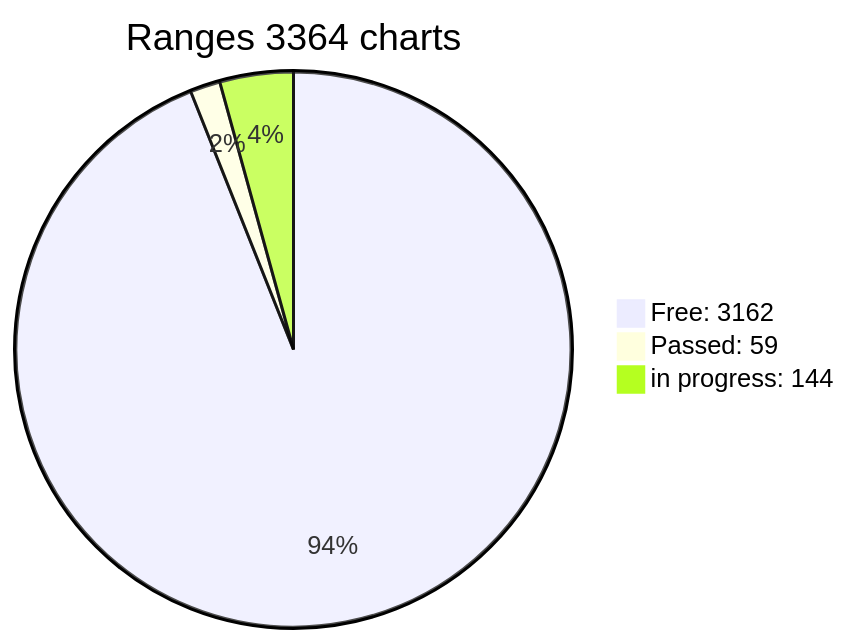
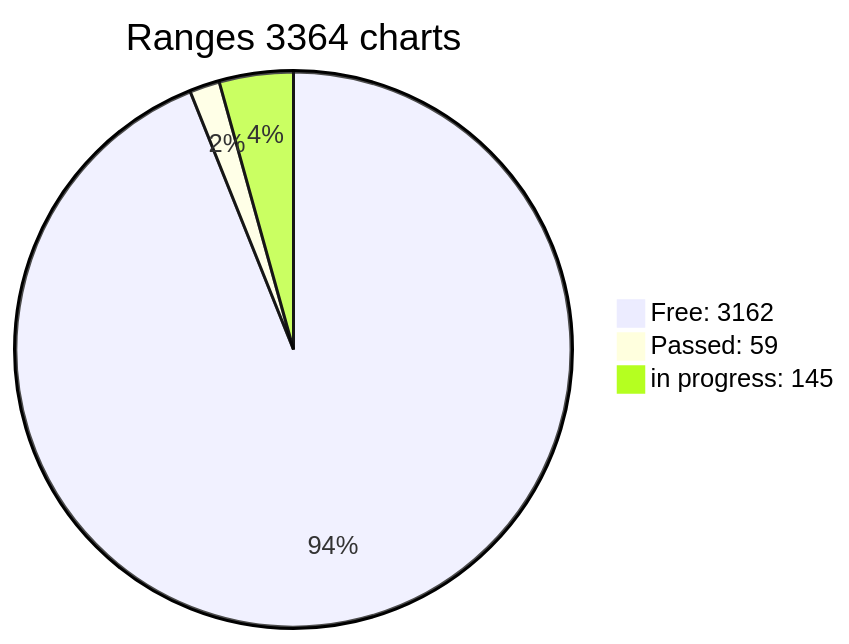
One commit to jonlloner/wif500 changed the diagram in x64/Release/table.md. Above: the diagram before and after it, drawn with Mermaid. The commit also changed other lines of this file, not shown here.

````diff
--- a/x64/Release/table.md
+++ b/x64/Release/table.md
@@ -3,6 +3,6 @@
 ```mermaid
 pie title Ranges 3364 charts
-"Free: 3162" : 3162
+"Free: 3162" : 3161
 "Passed: 59" : 59
-"in progress: 144" : 144
+"in progress: 145" : 145
 ```  
````
